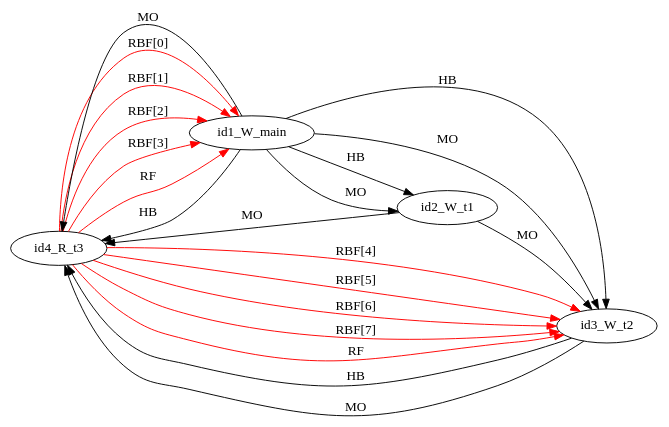
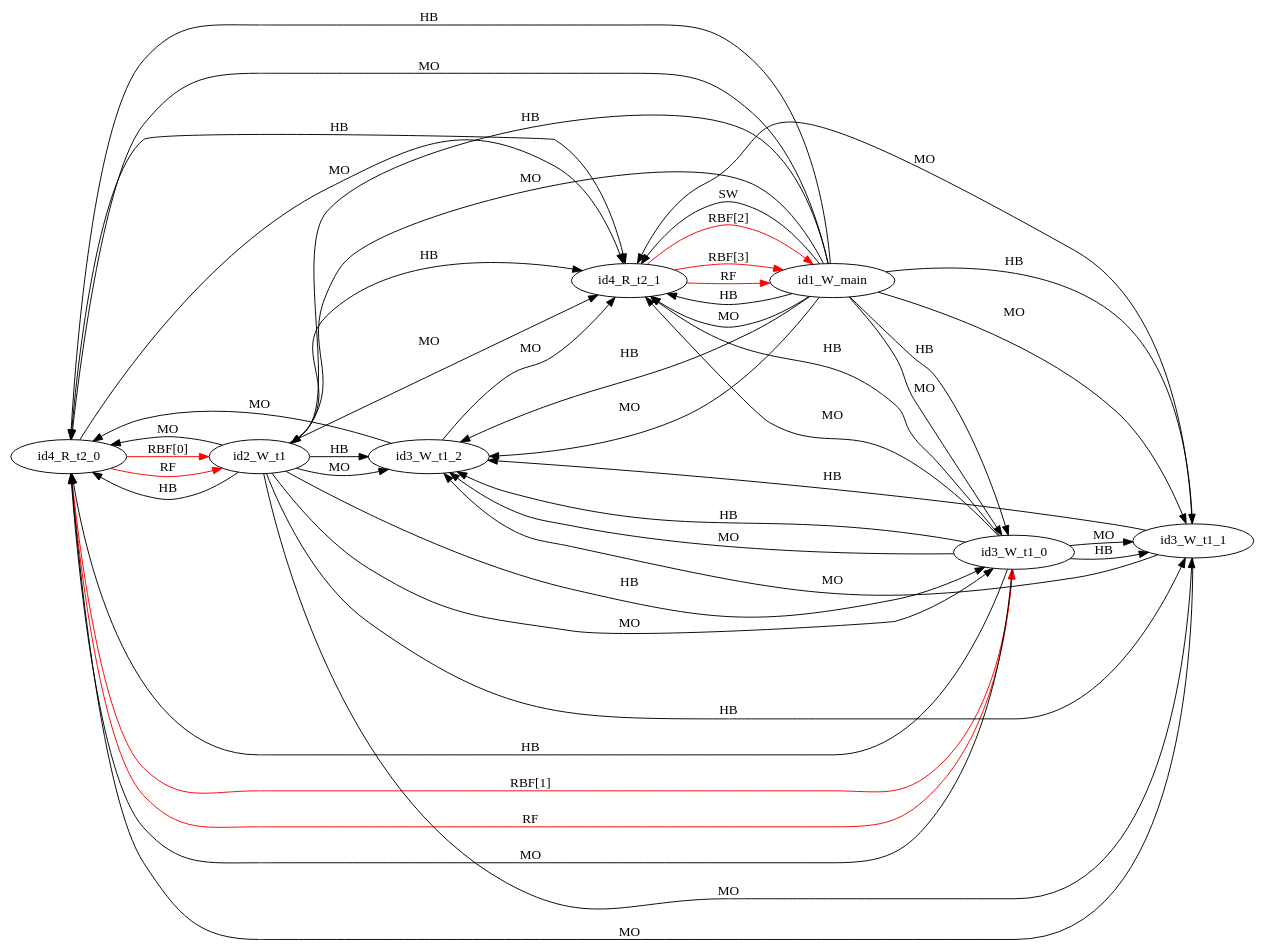
The diagram in examples/single_var/sv_simple16/mm3.dot (FMJS/EMME), drawn with Graphviz before and after one commit. The commit also changed 357 other files, not shown here.

```diff
--- a/examples/single_var/sv_simple16/mm3.dot
+++ b/examples/single_var/sv_simple16/mm3.dot
@@ -1,23 +1,49 @@
 digraph memory_model {
 rankdir=LR;
-id4_R_t3 -> id1_W_main [label = "RBF[0]", color="red"];
-id4_R_t3 -> id1_W_main [label = "RBF[1]", color="red"];
-id4_R_t3 -> id1_W_main [label = "RBF[2]", color="red"];
-id4_R_t3 -> id1_W_main [label = "RBF[3]", color="red"];
-id4_R_t3 -> id3_W_t2 [label = "RBF[4]", color="red"];
-id4_R_t3 -> id3_W_t2 [label = "RBF[5]", color="red"];
-id4_R_t3 -> id3_W_t2 [label = "RBF[6]", color="red"];
-id4_R_t3 -> id3_W_t2 [label = "RBF[7]", color="red"];
-id4_R_t3 -> id1_W_main [label = "RF", color="red"];
-id4_R_t3 -> id3_W_t2 [label = "RF", color="red"];
+id4_R_t2_0 -> id2_W_t1 [label = "RBF[0]", color="red"];
+id4_R_t2_0 -> id3_W_t1_0 [label = "RBF[1]", color="red"];
+id4_R_t2_1 -> id1_W_main [label = "RBF[2]", color="red"];
+id4_R_t2_1 -> id1_W_main [label = "RBF[3]", color="red"];
+id4_R_t2_0 -> id2_W_t1 [label = "RF", color="red"];
+id4_R_t2_0 -> id3_W_t1_0 [label = "RF", color="red"];
+id4_R_t2_1 -> id1_W_main [label = "RF", color="red"];
+id2_W_t1 -> id3_W_t1_0 [label = "HB", color="black"];
+id2_W_t1 -> id3_W_t1_1 [label = "HB", color="black"];
+id2_W_t1 -> id3_W_t1_2 [label = "HB", color="black"];
+id3_W_t1_0 -> id3_W_t1_1 [label = "HB", color="black"];
+id3_W_t1_0 -> id3_W_t1_2 [label = "HB", color="black"];
+id3_W_t1_1 -> id3_W_t1_2 [label = "HB", color="black"];
+id4_R_t2_0 -> id4_R_t2_1 [label = "HB", color="black"];
 id1_W_main -> id2_W_t1 [label = "HB", color="black"];
-id1_W_main -> id3_W_t2 [label = "HB", color="black"];
-id1_W_main -> id4_R_t3 [label = "HB", color="black"];
-id3_W_t2 -> id4_R_t3 [label = "HB", color="black"];
+id1_W_main -> id3_W_t1_0 [label = "HB", color="black"];
+id1_W_main -> id3_W_t1_1 [label = "HB", color="black"];
+id1_W_main -> id3_W_t1_2 [label = "HB", color="black"];
+id1_W_main -> id4_R_t2_0 [label = "HB", color="black"];
+id1_W_main -> id4_R_t2_1 [label = "HB", color="black"];
+id2_W_t1 -> id4_R_t2_0 [label = "HB", color="black"];
+id2_W_t1 -> id4_R_t2_1 [label = "HB", color="black"];
+id3_W_t1_0 -> id4_R_t2_0 [label = "HB", color="black"];
+id3_W_t1_0 -> id4_R_t2_1 [label = "HB", color="black"];
+id2_W_t1 -> id3_W_t1_0 [label = "MO", color="black"];
+id2_W_t1 -> id3_W_t1_1 [label = "MO", color="black"];
+id2_W_t1 -> id3_W_t1_2 [label = "MO", color="black"];
+id3_W_t1_0 -> id3_W_t1_1 [label = "MO", color="black"];
+id3_W_t1_0 -> id3_W_t1_2 [label = "MO", color="black"];
+id3_W_t1_1 -> id3_W_t1_2 [label = "MO", color="black"];
+id4_R_t2_0 -> id4_R_t2_1 [label = "MO", color="black"];
 id1_W_main -> id2_W_t1 [label = "MO", color="black"];
-id1_W_main -> id3_W_t2 [label = "MO", color="black"];
-id1_W_main -> id4_R_t3 [label = "MO", color="black"];
-id2_W_t1 -> id3_W_t2 [label = "MO", color="black"];
-id2_W_t1 -> id4_R_t3 [label = "MO", color="black"];
-id3_W_t2 -> id4_R_t3 [label = "MO", color="black"];
+id1_W_main -> id3_W_t1_0 [label = "MO", color="black"];
+id1_W_main -> id3_W_t1_1 [label = "MO", color="black"];
+id1_W_main -> id3_W_t1_2 [label = "MO", color="black"];
+id1_W_main -> id4_R_t2_0 [label = "MO", color="black"];
+id1_W_main -> id4_R_t2_1 [label = "MO", color="black"];
+id2_W_t1 -> id4_R_t2_0 [label = "MO", color="black"];
+id2_W_t1 -> id4_R_t2_1 [label = "MO", color="black"];
+id3_W_t1_0 -> id4_R_t2_0 [label = "MO", color="black"];
+id3_W_t1_0 -> id4_R_t2_1 [label = "MO", color="black"];
+id3_W_t1_1 -> id4_R_t2_0 [label = "MO", color="black"];
+id3_W_t1_1 -> id4_R_t2_1 [label = "MO", color="black"];
+id3_W_t1_2 -> id4_R_t2_0 [label = "MO", color="black"];
+id3_W_t1_2 -> id4_R_t2_1 [label = "MO", color="black"];
+id1_W_main -> id4_R_t2_1 [label = "SW", color="black"];
 }
```
